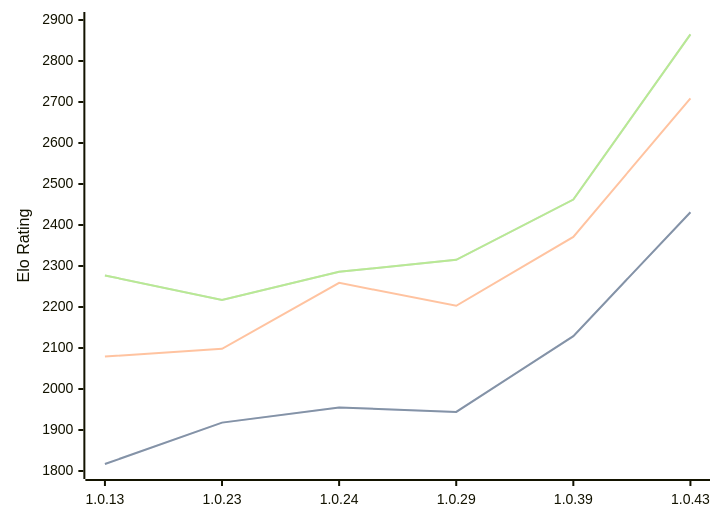
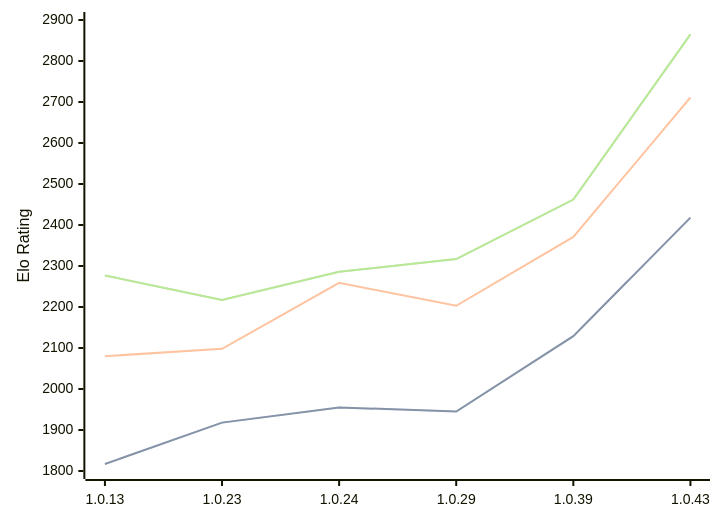
Before and after one commit to computer-chess-index/cci: the diagram in engines/RustyRival.md, drawn with Mermaid. The commit also changed other lines of this file, not shown here.

Commit message:
Update CCI Ratings (ELO VLTC) - 2026-05-04

````diff
--- a/engines/RustyRival.md
+++ b/engines/RustyRival.md
@@ -68,11 +68,11 @@
 ```mermaid
 %%{init: {"theme":"base","themeVariables":{"seriesColors:['#a3a3a3','#222221','#faa371']}}}%%
 xychart-beta
   x-axis ["1.0.13", "1.0.23", "1.0.24", "1.0.29", "1.0.39", "1.0.43"]
   y-axis "Elo Rating" 1800 --> 2900
-  line "STC (8.0+0.08s)" [1817, 1918, 1955, 1944, 2129, 2431]
-  line "STC (8.0+0.08s)" [1817, 1918, 1955, 1944, 2129, 2431]
-  line "LTC (60.0+0.60s)" [2079, 2098, 2259, 2203, 2371, 2709]
-  line "VLTC (2m24s+1.12s)" [2277, 2217, 2286, 2315, 2462, 2865]
-  line "VLTC (2m24s+1.12s)" [2277, 2217, 2286, 2315, 2462, 2865]
+  line "STC (8.0+0.08s)" [1817, 1918, 1955, 1945, 2129, 2418]
+  line "STC (8.0+0.08s)" [1817, 1918, 1955, 1945, 2129, 2418]
+  line "LTC (60.0+0.60s)" [2080, 2098, 2259, 2203, 2371, 2711]
+  line "VLTC (2m24s+1.12s)" [2277, 2217, 2286, 2317, 2462, 2865]
+  line "VLTC (2m24s+1.12s)" [2277, 2217, 2286, 2317, 2462, 2865]
 ```
````
